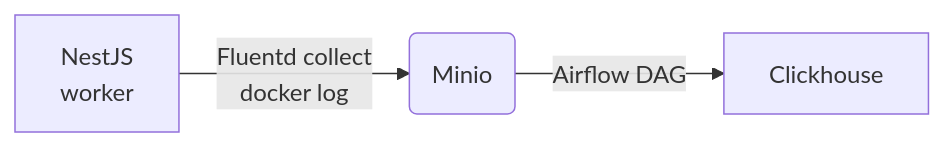
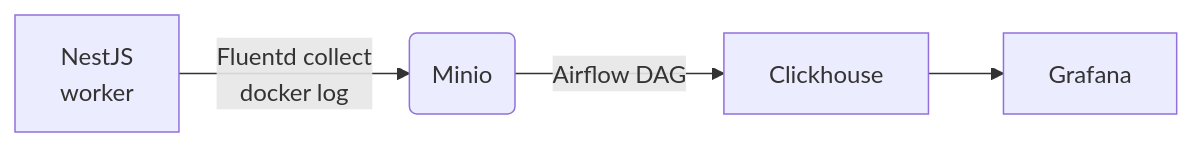
Before and after one commit to azophy/FAMiC-stack: the diagram in README.md, drawn with Mermaid. The commit also changed other lines of this file and 2 other files, not shown here.

Commit message:
setup grafana for visualization

````diff
--- a/README.md
+++ b/README.md
@@ -9,7 +9,8 @@
 ```mermaid
 flowchart LR
     A[NestJS
-    worker] -->|Fluentd collect 
+    worker] -->|Fluentd collect
     docker log| B(Minio)
     B --> |Airflow DAG| D[Clickhouse]
+    D --> E[Grafana]
 ```
````
